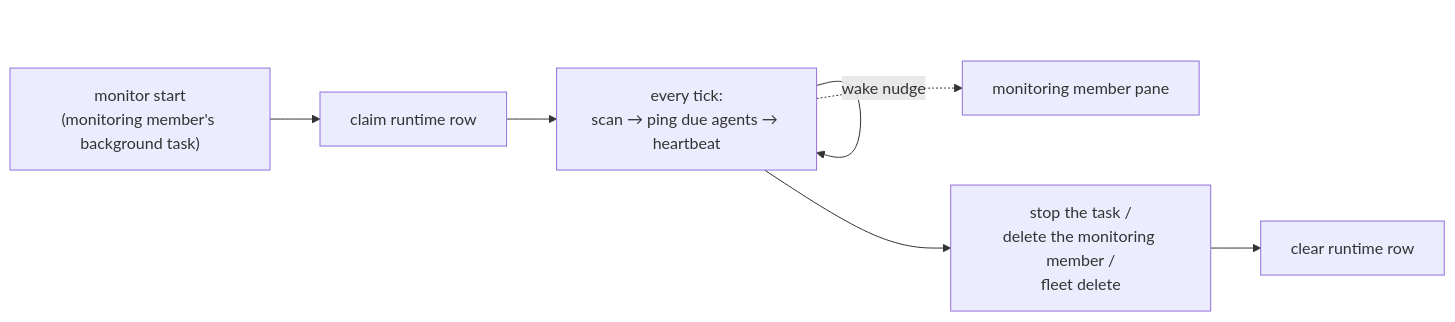
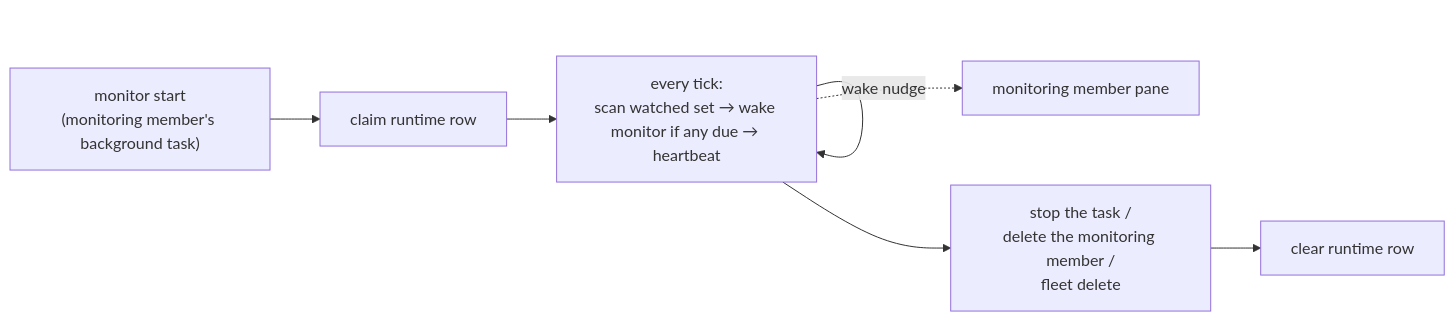
The diagram in docs/concepts/monitoring.md (himkt/cafleet), drawn with Mermaid before and after one commit. The commit also changed other lines of this file and 20 other files, not shown here.

Commit message:
docs: rewrite monitoring docs and skills to watched-set model (Step 1)

````diff
--- a/docs/concepts/monitoring.md
+++ b/docs/concepts/monitoring.md
@@ -173,10 +188,10 @@
 ```mermaid
 %%{init: {'theme': 'default', 'themeVariables': {'fontSize': '16px'}}}%%
 flowchart LR
     Start["monitor start<br/>(monitoring member's background task)"] --> Claim["claim runtime row"]
-    Claim --> Tick["every tick:<br/>scan → ping due agents → heartbeat"]
+    Claim --> Tick["every tick:<br/>scan watched set → wake monitor if any due → heartbeat"]
     Tick --> Tick
     Tick --> Stop["stop the task /<br/>delete the monitoring member /<br/>fleet delete"]
     Stop --> Clear["clear runtime row"]
     Tick -. wake nudge .-> PaneMon["monitoring member pane"]
 ```
````
